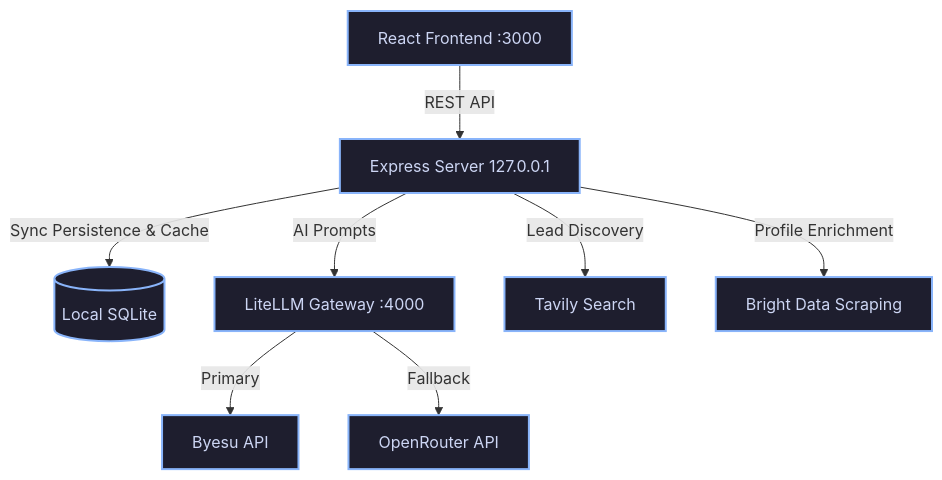
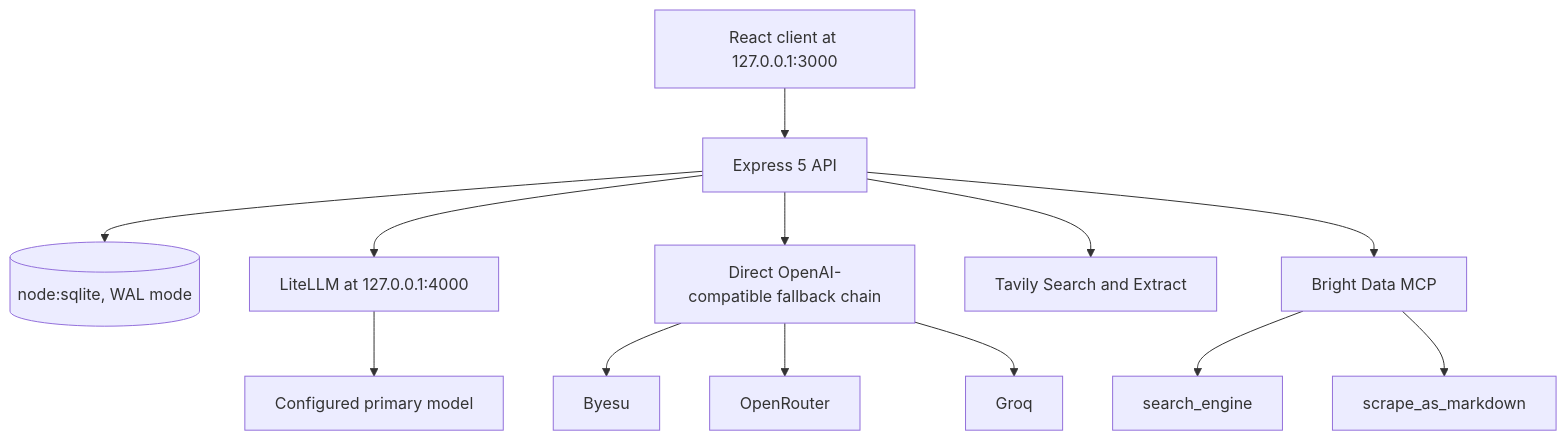
One commit to AliasHolmes/Apex-CRM changed the second of 2 diagrams in README.md. Above: the diagram before and after it, drawn with Mermaid. The commit also changed other lines of this file, not shown here.

````diff
--- a/README.md
+++ b/README.md
@@ -27,17 +63,17 @@
 ```mermaid
 graph TD
-    Client[React Frontend :3000] -->|REST API| Server[Express Server 127.0.0.1]
-    Server -->|Sync Persistence & Cache| DB[(Local SQLite)]
-    
-    %% LLM Pathway
-    Server -->|AI Prompts| LLM[LiteLLM Gateway :4000]
-    LLM -->|Primary| Byesu[Byesu API]
-    LLM -->|Fallback| OpenRouter[OpenRouter API]
+    UI[React client at 127.0.0.1:3000] --> API[Express 5 API]
+    API --> DB[(node:sqlite, WAL mode)]
 
-    %% Search & Enrichment
-    Server -->|Lead Discovery| Tavily[Tavily Search]
-    Server -->|Profile Enrichment| BrightData[Bright Data Scraping]
+    API --> Gateway[LiteLLM at 127.0.0.1:4000]
+    API --> Direct[Direct OpenAI-compatible fallback chain]
+    Gateway --> Primary[Configured primary model]
+    Direct --> Byesu[Byesu]
+    Direct --> OpenRouter[OpenRouter]
+    Direct --> Groq[Groq]
 
-    classDef tech fill:#1e1e2e,stroke:#89b4fa,stroke-width:2px,color:#cdd6f4;
-    class Client,Server,DB,LLM,Byesu,OpenRouter,Tavily,BrightData tech;
+    API --> Tavily[Tavily Search and Extract]
+    API --> MCP[Bright Data MCP]
+    MCP --> Search[search_engine]
+    MCP --> Scrape[scrape_as_markdown]
 ```
````
